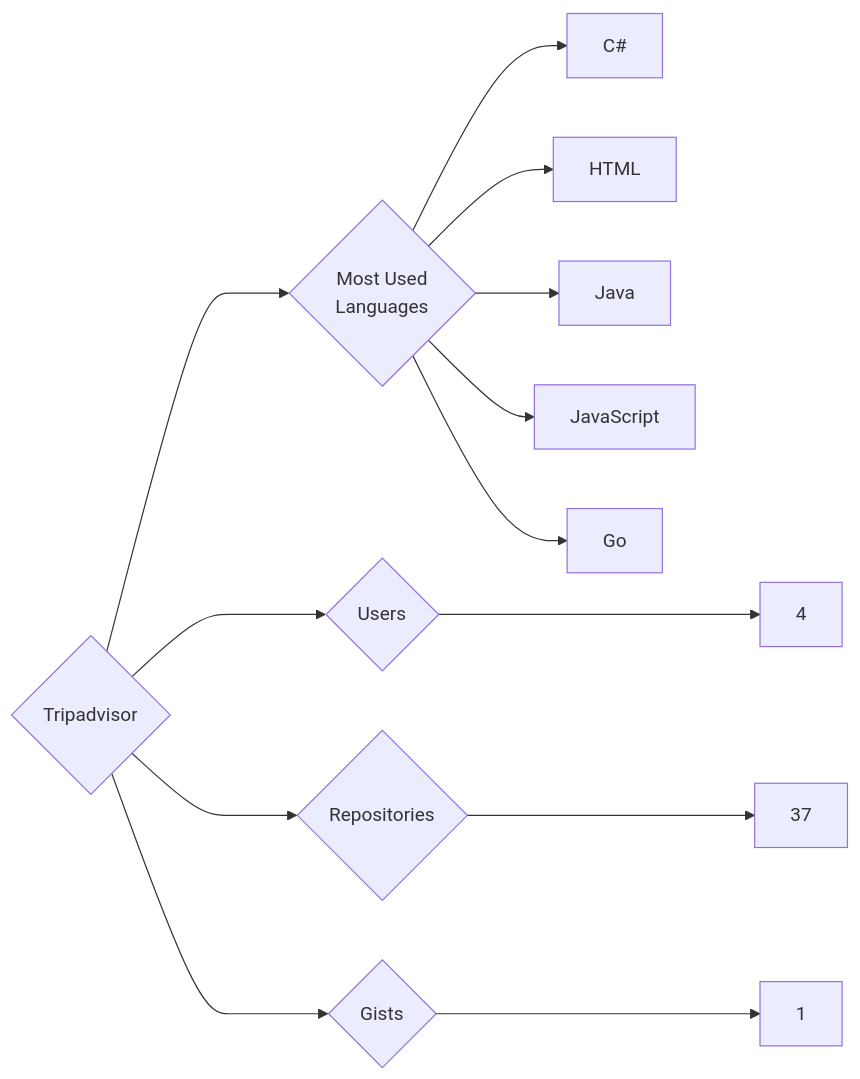
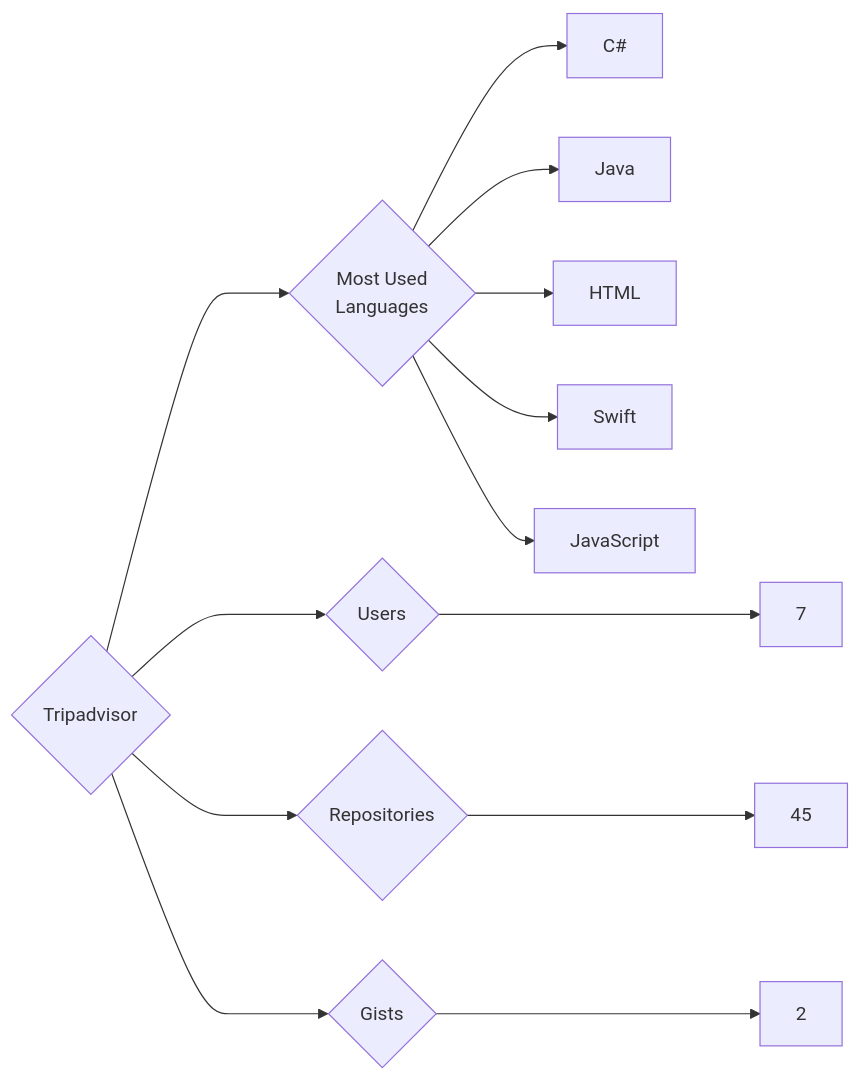
Before and after one commit to trickest/insiders: the diagram in targets/Tripadvisor/README.md, drawn with Mermaid. The commit also changed 851 other files, not shown here.

````diff
--- a/targets/Tripadvisor/README.md
+++ b/targets/Tripadvisor/README.md
@@ -3,13 +3,13 @@
 ```mermaid
 graph LR
 COMPANY_NAME{Tripadvisor}
-COMPANY_NAME ---> U{Users} ---> UN[4]
-COMPANY_NAME ---> R{Repositories} ---> RN[37]
-COMPANY_NAME ---> G{Gists} ---> GN[1]
+COMPANY_NAME ---> U{Users} ---> UN[7]
+COMPANY_NAME ---> R{Repositories} ---> RN[45]
+COMPANY_NAME ---> G{Gists} ---> GN[2]
 COMPANY_NAME ---> ML{Most Used<br>Languages}
 ML --> C#[C#]
+ML --> Java[Java]
 ML --> HTML[HTML]
-ML --> Java[Java]
+ML --> Swift[Swift]
 ML --> JavaScript[JavaScript]
-ML --> Go[Go]
 ```
````
